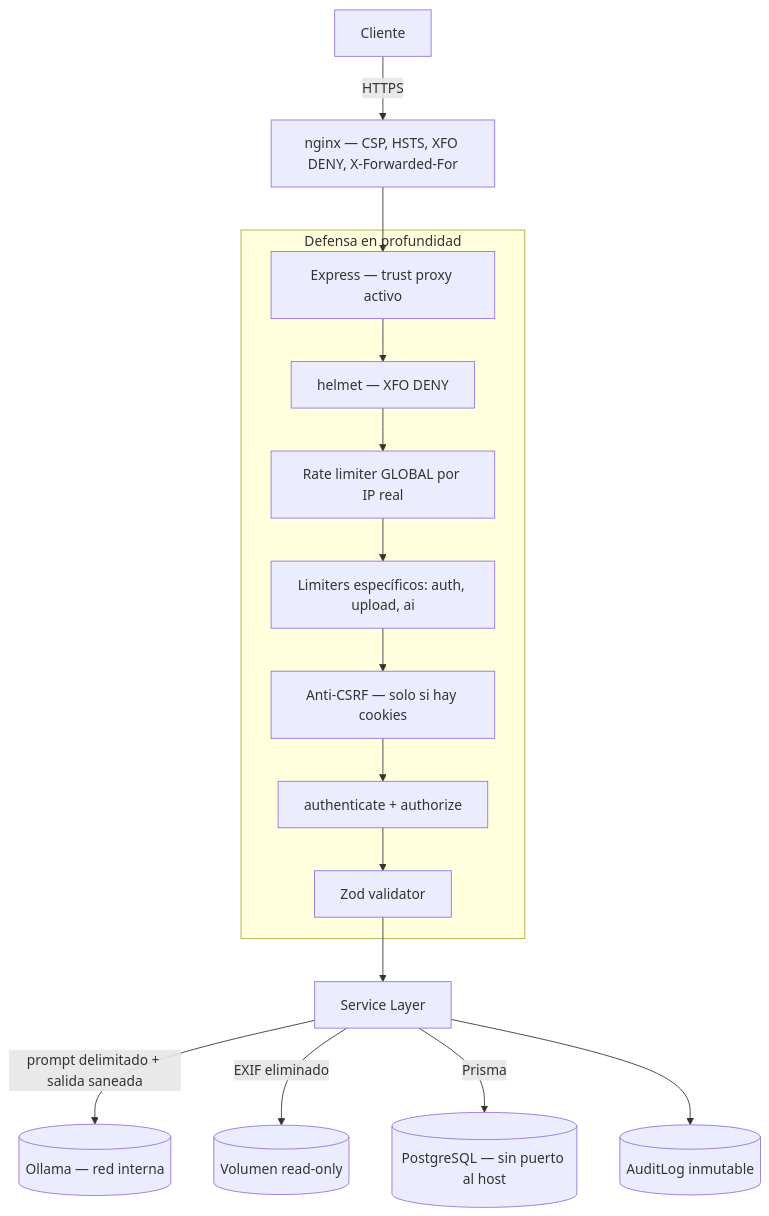
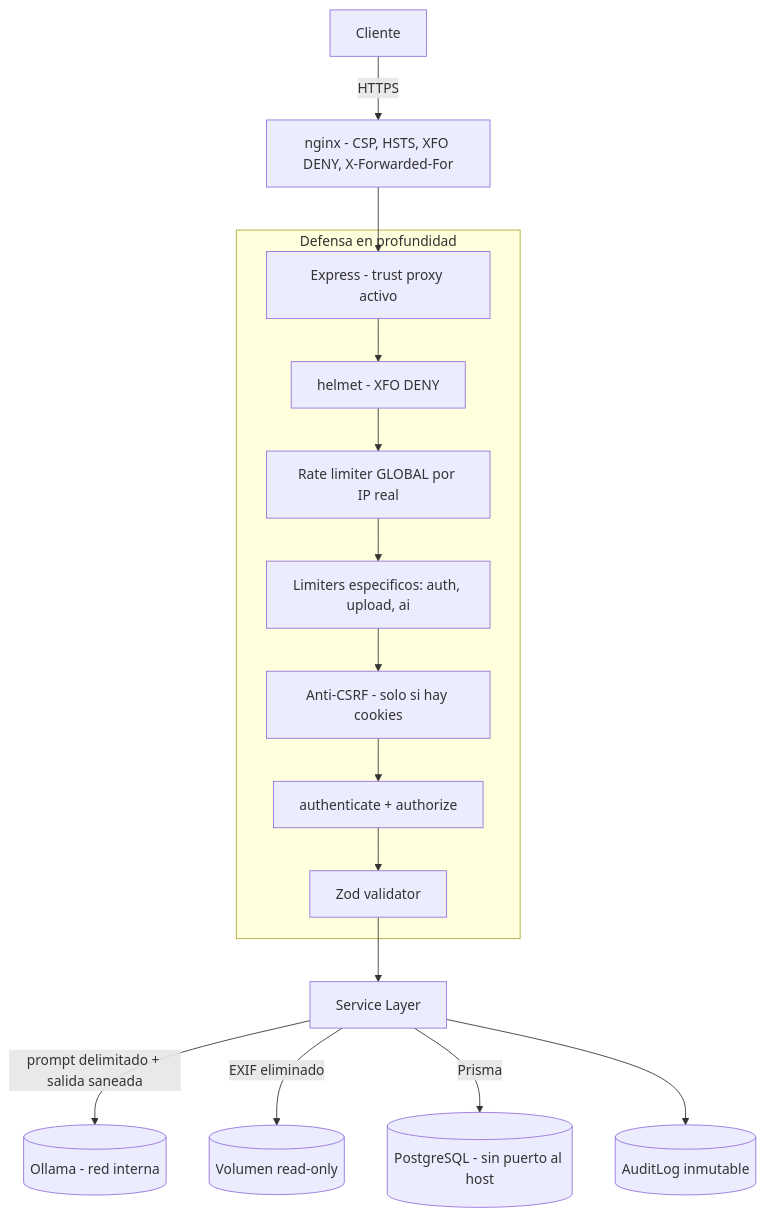
One commit to DavidDevGt/lectoapp changed the second of 2 diagrams in SEC_IMPLEMENTATION.md. Above: the diagram before and after it, drawn with Mermaid. The commit also changed other lines of this file and 4 other files, not shown here.

Commit message:
docs: corregir sintaxis de diagramas Mermaid a flowchart TD y compatibilidad universal Markdown

````diff
--- a/SEC_IMPLEMENTATION.md
+++ b/SEC_IMPLEMENTATION.md
@@ -149,20 +150,20 @@
 ```mermaid
-graph TD
-    Client[Cliente] -->|HTTPS| Nginx["nginx — CSP, HSTS, XFO DENY, X-Forwarded-For"]
-    Nginx --> Gateway["Express — trust proxy activo"]
+flowchart TD
+    Client["Cliente"] -->|HTTPS| Nginx["nginx - CSP, HSTS, XFO DENY, X-Forwarded-For"]
+    Nginx --> Gateway["Express - trust proxy activo"]
 
-    subgraph Defensa en profundidad
-        Gateway --> Helmet["helmet — XFO DENY"]
+    subgraph DefensaProfundidad ["Defensa en profundidad"]
+        Gateway --> Helmet["helmet - XFO DENY"]
         Helmet --> Global["Rate limiter GLOBAL por IP real"]
-        Global --> Specific["Limiters específicos: auth, upload, ai"]
-        Specific --> Csrf["Anti-CSRF — solo si hay cookies"]
+        Global --> Specific["Limiters especificos: auth, upload, ai"]
+        Specific --> Csrf["Anti-CSRF - solo si hay cookies"]
         Csrf --> Auth["authenticate + authorize"]
-        Auth --> Zod[Zod validator]
+        Auth --> Zod["Zod validator"]
     end
 
-    Zod --> Service[Service Layer]
-    Service -->|prompt delimitado + salida saneada| Ollama[(Ollama — red interna)]
-    Service -->|EXIF eliminado| Disk[(Volumen read-only)]
-    Service -->|Prisma| DB[(PostgreSQL — sin puerto al host)]
-    Service --> Audit[(AuditLog inmutable)]
+    Zod --> Service["Service Layer"]
+    Service -->|prompt delimitado + salida saneada| Ollama[("Ollama - red interna")]
+    Service -->|EXIF eliminado| Disk[("Volumen read-only")]
+    Service -->|Prisma| DB[("PostgreSQL - sin puerto al host")]
+    Service --> Audit[("AuditLog inmutable")]
 ```
````
